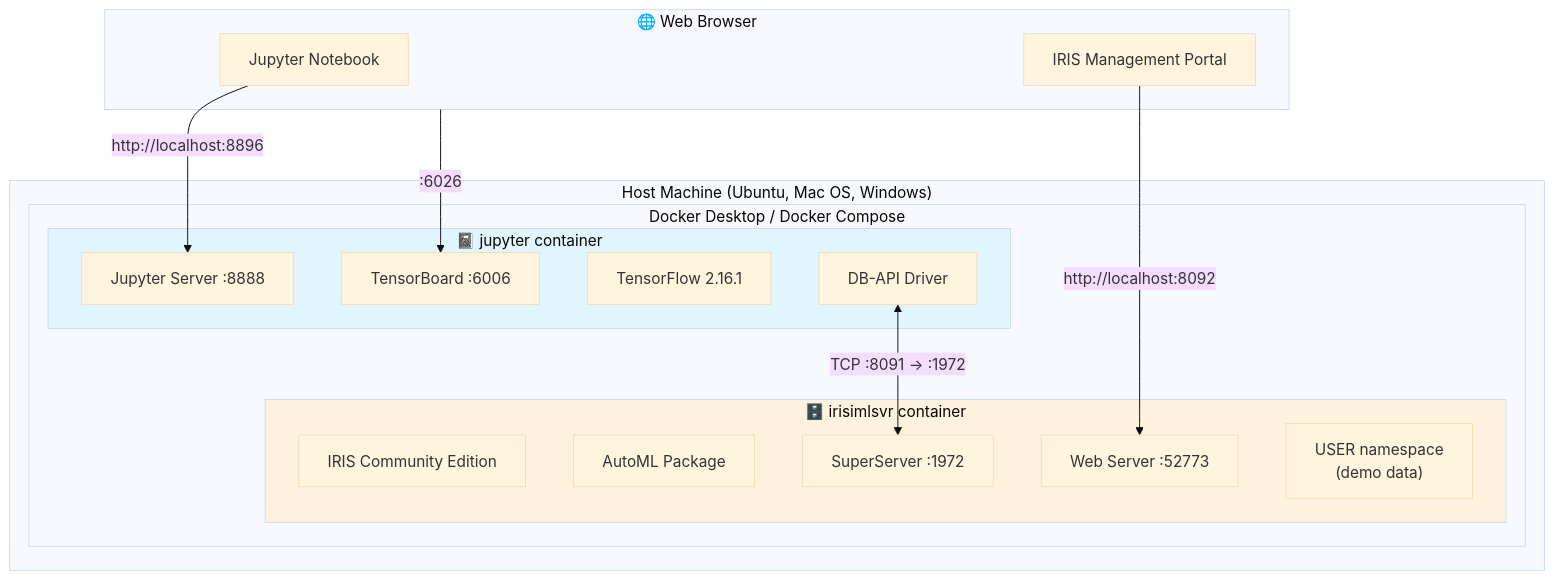
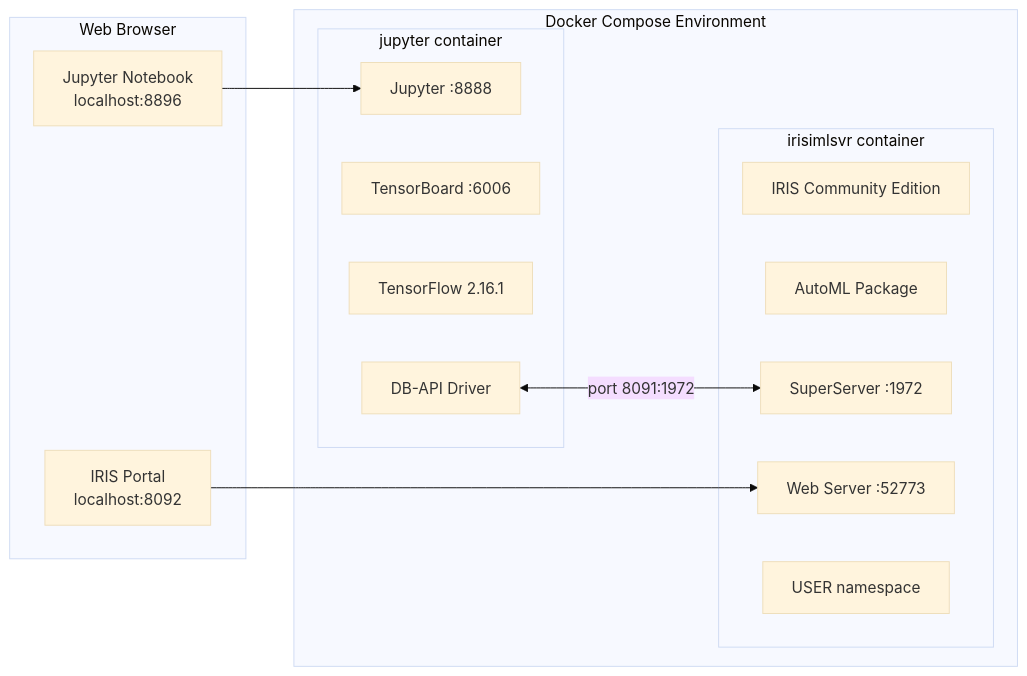
One commit to intersystems-community/integratedml-demo-template changed the diagram in README.md. Above: the diagram before and after it, drawn with Mermaid (base theme).

Commit message:
Simplify Mermaid diagram for better visibility and layout

````diff
--- a/README.md
+++ b/README.md
@@ -52,34 +52,28 @@
 ```mermaid
-flowchart TB
-    subgraph Browser["🌐 Web Browser"]
-        JupyterUI["Jupyter Notebook"]
-        IRISPortal["IRIS Management Portal"]
+flowchart LR
+    subgraph Browser["Web Browser"]
+        JupyterUI["Jupyter Notebook<br/>localhost:8896"]
+        IRISPortal["IRIS Portal<br/>localhost:8092"]
     end
 
-    subgraph Host["Host Machine (Ubuntu, Mac OS, Windows)"]
-        subgraph Docker["Docker Desktop / Docker Compose"]
-            subgraph jupyter["📓 jupyter container"]
-                JupyterServer["Jupyter Server :8888"]
-                TensorBoard["TensorBoard :6006"]
-                TF["TensorFlow 2.16.1"]
-                DBAPI["DB-API Driver"]
-            end
+    subgraph Docker["Docker Compose Environment"]
+        subgraph jupyter["jupyter container"]
+            J1["Jupyter :8888"]
+            J2["TensorBoard :6006"]
+            J3["TensorFlow 2.16.1"]
+            J4["DB-API Driver"]
+        end
 
-            subgraph irisimlsvr["🗄️ irisimlsvr container"]
-                IRIS["IRIS Community Edition"]
-                AutoML["AutoML Package"]
-                SuperServer["SuperServer :1972"]
-                WebServer["Web Server :52773"]
-                UserDB["USER namespace\n(demo data)"]
-            end
+        subgraph iris["irisimlsvr container"]
+            I1["IRIS Community Edition"]
+            I2["AutoML Package"]
+            I3["SuperServer :1972"]
+            I4["Web Server :52773"]
+            I5["USER namespace"]
         end
     end
 
-    JupyterUI -->|"http://localhost:8896"| JupyterServer
-    IRISPortal -->|"http://localhost:8092"| WebServer
-    Browser -->|":6026"| TensorBoard
-    DBAPI <-->|"TCP :8091 → :1972"| SuperServer
-
-    style jupyter fill:#e1f5fe
-    style irisimlsvr fill:#fff3e0
+    JupyterUI --> J1
+    IRISPortal --> I4
+    J4 <-->|"port 8091:1972"| I3
 ```
````
